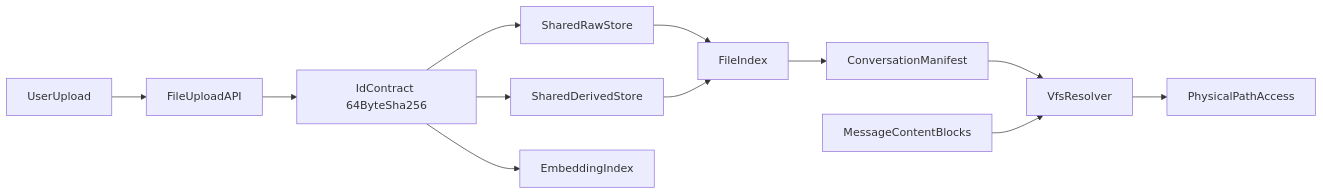
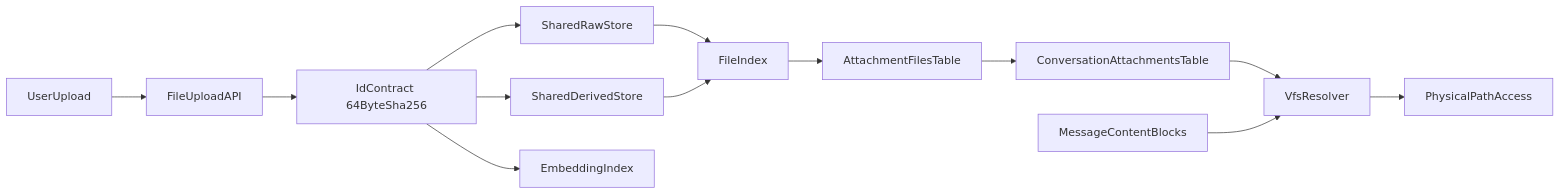
Before and after one commit to wuhonglei/chat-agent: the diagram in .cursor/plans/会话文件虚拟路径迁移_be886c22.plan.md, drawn with Mermaid. The commit also changed other lines of this file, not shown here.

````diff
--- a/.cursor/plans/会话文件虚拟路径迁移_be886c22.plan.md
+++ b/.cursor/plans/会话文件虚拟路径迁移_be886c22.plan.md
@@ -68,14 +68,15 @@
 ```mermaid
 flowchart LR
     userUpload[UserUpload] --> uploadApi[FileUploadAPI]
     uploadApi --> idContract["IdContract 64ByteSha256"]
     idContract --> sharedRaw[SharedRawStore]
     idContract --> sharedDerived[SharedDerivedStore]
     idContract --> embeddingIndex[EmbeddingIndex]
     sharedRaw --> fileIndex[FileIndex]
     sharedDerived --> fileIndex
-    fileIndex --> convManifest[ConversationManifest]
-    convManifest --> vfsResolver[VfsResolver]
+    fileIndex --> attachmentFiles[AttachmentFilesTable]
+    attachmentFiles --> conversationAttachments[ConversationAttachmentsTable]
+    conversationAttachments --> vfsResolver[VfsResolver]
     chatBlocks[MessageContentBlocks] --> vfsResolver
     vfsResolver --> physicalPath[PhysicalPathAccess]
 ```
````
